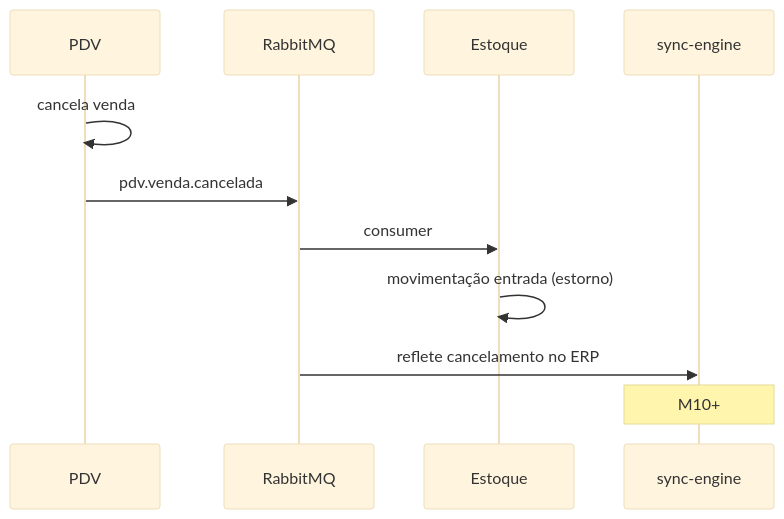
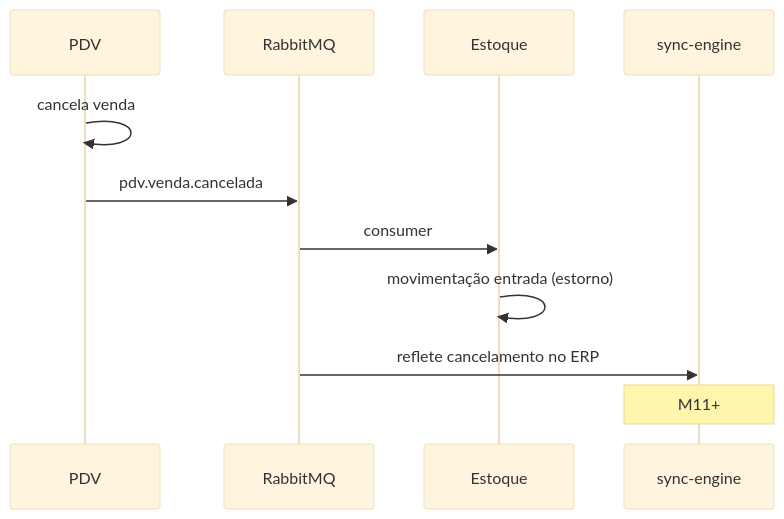
Before and after one commit to gab-szz/pdv-microservicos: the eighth of 13 diagrams in docs/ROADMAP.md, drawn with Mermaid (base theme). The commit also changed other lines of this file and 37 other files, not shown here.

Commit message:
docs: expand roadmap and pdv milestones

````diff
--- a/docs/ROADMAP.md
+++ b/docs/ROADMAP.md
@@ -399,14 +401,14 @@
 ```mermaid
 sequenceDiagram
   participant PDV
   participant RMQ as RabbitMQ
   participant Estoque
   participant Sync as sync-engine
 
   PDV->>PDV: cancela venda
   PDV->>RMQ: pdv.venda.cancelada
   RMQ->>Estoque: consumer
   Estoque->>Estoque: movimentação entrada (estorno)
   RMQ->>Sync: reflete cancelamento no ERP
-  Note over Sync: M10+
+  Note over Sync: M11+
 ```
````
